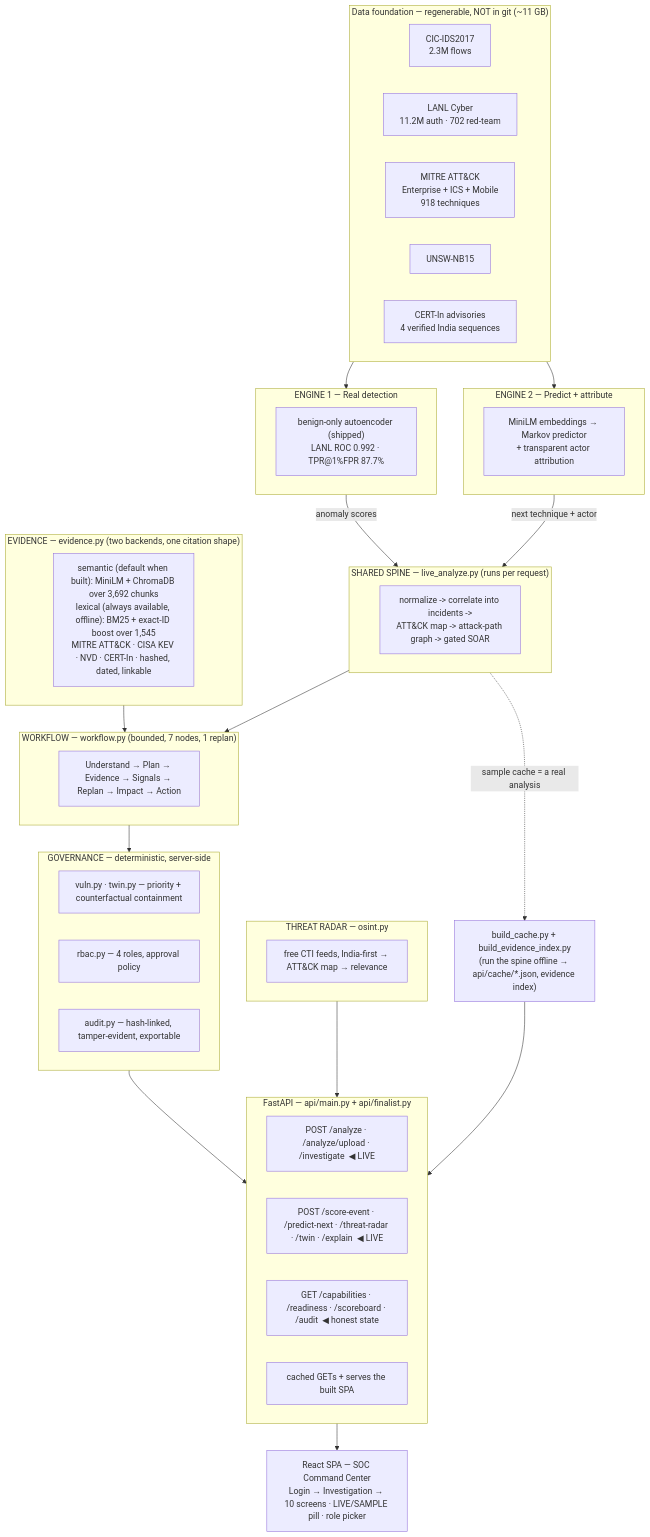
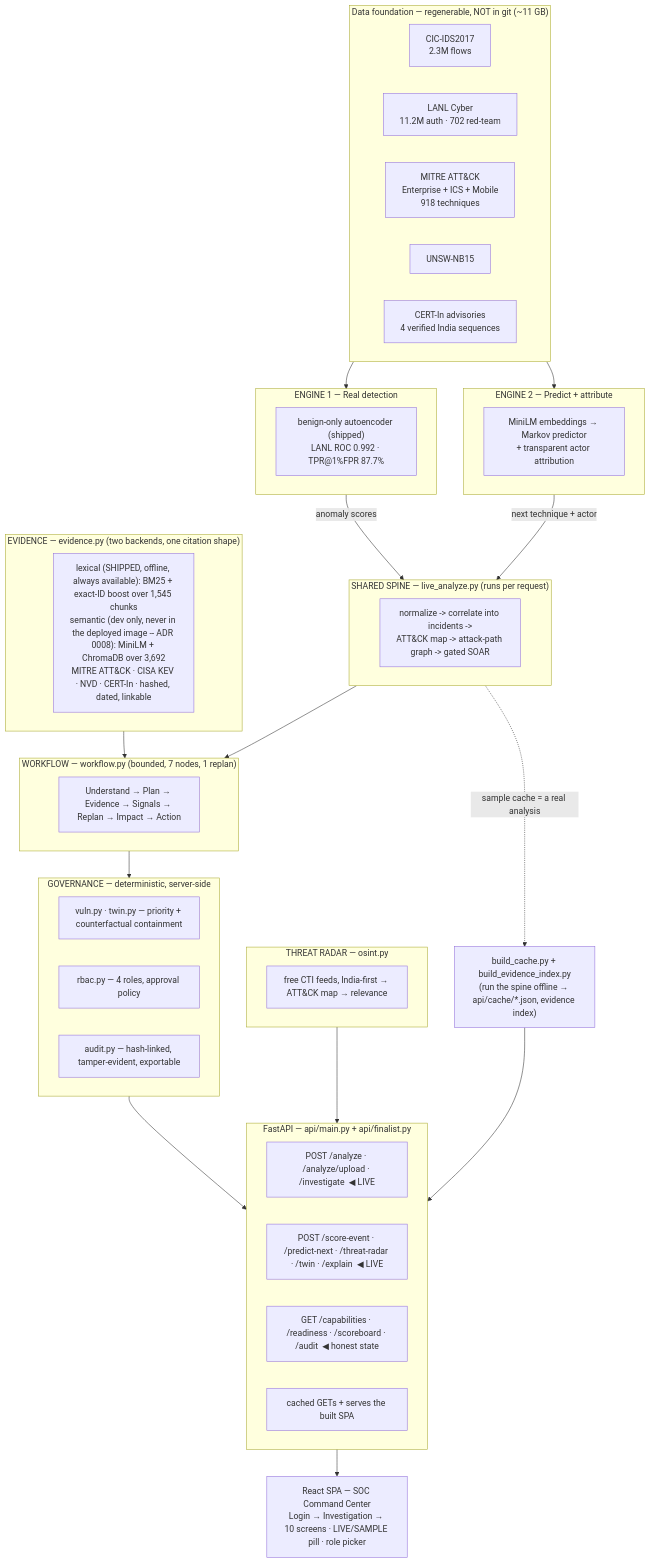
The diagram in README.md (RishiiGamer2201/resilience-graph-ai), drawn with Mermaid before and after one commit. The commit also changed other lines of this file and 20 other files, not shown here.

````diff
--- a/README.md
+++ b/README.md
@@ -82,62 +82,62 @@
 ```mermaid
 flowchart TB
   subgraph DATA["Data foundation — regenerable, NOT in git (~11 GB)"]
     CIC["CIC-IDS2017<br/>2.3M flows"]
     LANL["LANL Cyber<br/>11.2M auth · 702 red-team"]
     ATTACK["MITRE ATT&CK<br/>Enterprise + ICS + Mobile<br/>918 techniques"]
     UNSW["UNSW-NB15"]
     CERTIN["CERT-In advisories<br/>4 verified India sequences"]
   end
 
   subgraph E1["ENGINE 1 — Real detection"]
     IF["benign-only autoencoder (shipped)<br/>LANL ROC 0.992 · TPR@1%FPR 87.7%"]
   end
   subgraph E2["ENGINE 2 — Predict + attribute"]
     PRED["MiniLM embeddings → Markov predictor<br/>+ transparent actor attribution"]
   end
 
   DATA --> E1
   DATA --> E2
 
   subgraph SPINE["SHARED SPINE — live_analyze.py (runs per request)"]
     S["normalize -> correlate into incidents -><br/>ATT&CK map -> attack-path graph -> gated SOAR"]
   end
   E1 -- "anomaly scores" --> SPINE
   E2 -- "next technique + actor" --> SPINE
 
   subgraph RADAR["THREAT RADAR — osint.py"]
     FEEDS["free CTI feeds, India-first → ATT&CK map → relevance"]
   end
 
   subgraph EV["EVIDENCE — evidence.py (two backends, one citation shape)"]
-    IDX["semantic (default when built): MiniLM + ChromaDB over 3,692 chunks<br/>lexical (always available, offline): BM25 + exact-ID boost over 1,545<br/>MITRE ATT&CK · CISA KEV · NVD · CERT-In · hashed, dated, linkable"]
+    IDX["lexical (SHIPPED, offline, always available): BM25 + exact-ID boost over 1,545 chunks<br/>semantic (dev only, never in the deployed image -- ADR 0008): MiniLM + ChromaDB over 3,692<br/>MITRE ATT&CK · CISA KEV · NVD · CERT-In · hashed, dated, linkable"]
   end
 
   subgraph GOV["GOVERNANCE — deterministic, server-side"]
     G1["vuln.py · twin.py — priority + counterfactual containment"]
     G2["rbac.py — 4 roles, approval policy"]
     G3["audit.py — hash-linked, tamper-evident, exportable"]
   end
 
   subgraph WF["WORKFLOW — workflow.py (bounded, 7 nodes, 1 replan)"]
     W["Understand → Plan → Evidence → Signals → Replan → Impact → Action"]
   end
 
   SPINE --> WF
   EV --> WF
   WF --> GOV
   RADAR --> API
   GOV --> API
   BUILD["build_cache.py + build_evidence_index.py<br/>(run the spine offline → api/cache/*.json, evidence index)"]
   SPINE -. "sample cache = a real analysis" .-> BUILD
   BUILD --> API
 
   subgraph API["FastAPI — api/main.py + api/finalist.py"]
     A1["POST /analyze · /analyze/upload · /investigate  ◀ LIVE"]
     A2["POST /score-event · /predict-next · /threat-radar · /twin · /explain  ◀ LIVE"]
     A3["GET /capabilities · /readiness · /scoreboard · /audit  ◀ honest state"]
     A4["cached GETs + serves the built SPA"]
   end
 
   API --> SPA["React SPA — SOC Command Center<br/>Login → Investigation → 10 screens · LIVE/SAMPLE pill · role picker"]
 ```
````
